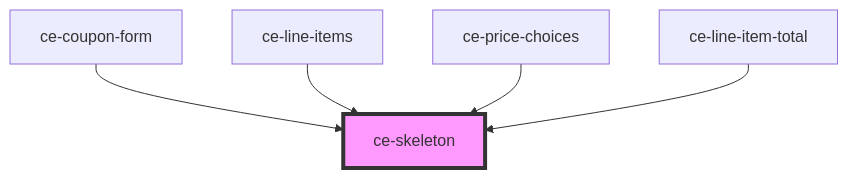
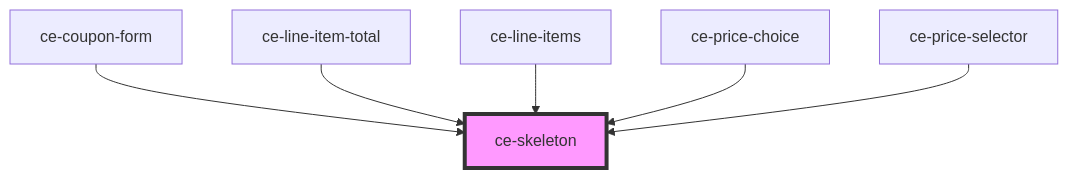
The diagram in packages/components/src/components/ui/skeleton/readme.md (surecart/surecart-wp-plugin), drawn with Mermaid before and after one commit. The commit also changed other lines of this file and 73 other files, not shown here.

````diff
--- a/packages/components/src/components/ui/skeleton/readme.md
+++ b/packages/components/src/components/ui/skeleton/readme.md
@@ -42,8 +43,9 @@
 ```mermaid
 graph TD;
   ce-coupon-form --> ce-skeleton
+  ce-line-item-total --> ce-skeleton
   ce-line-items --> ce-skeleton
-  ce-price-choices --> ce-skeleton
-  ce-line-item-total --> ce-skeleton
+  ce-price-choice --> ce-skeleton
+  ce-price-selector --> ce-skeleton
   style ce-skeleton fill:#f9f,stroke:#333,stroke-width:4px
 ```
````
